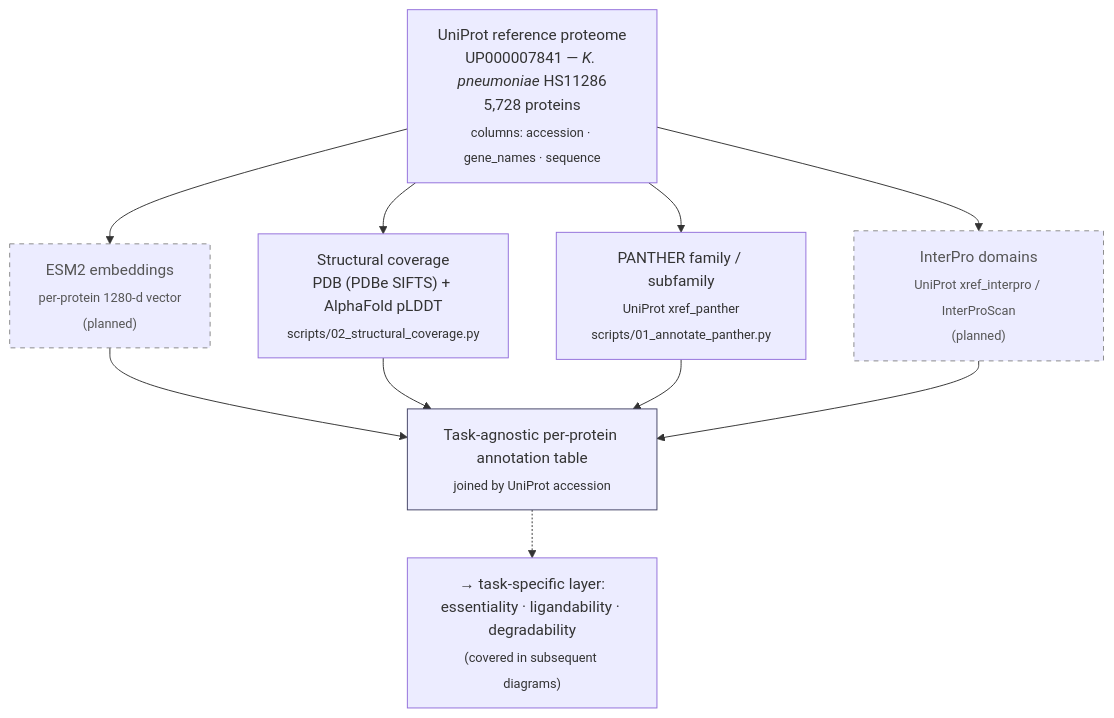
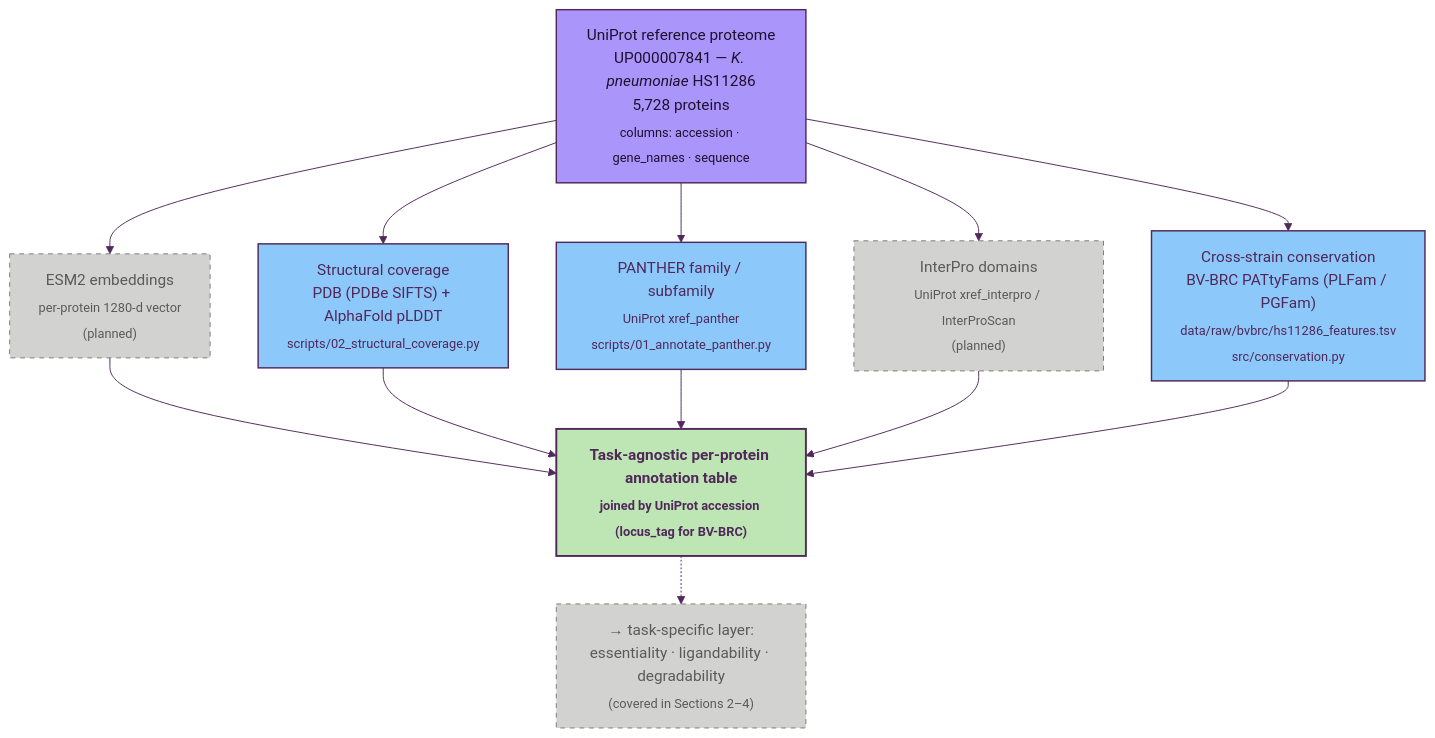
The first of 4 diagrams in docs/pipeline.md (ersilia-os/gradi-target-prioritization), drawn with Mermaid before and after one commit. The commit also changed other lines of this file and 1 other file, not shown here.

Commit message:
more diagrams

````diff
--- a/docs/pipeline.md
+++ b/docs/pipeline.md
@@ -26,19 +30,27 @@
 ```mermaid
+%%{init: {'theme':'base','themeVariables':{'primaryColor':'#FAD782','primaryBorderColor':'#50285A','primaryTextColor':'#50285A','lineColor':'#50285A','secondaryColor':'#8CC8FA','tertiaryColor':'#BEE6B4','fontFamily':'Inter, system-ui, sans-serif'}}}%%
 flowchart TD
-    classDef planned stroke-dasharray: 5 5,stroke:#888,color:#555
-    classDef sink fill:#eef,stroke:#446
+    classDef source    fill:#AA96FA,stroke:#50285A,stroke-width:1.5px,color:#1F0F2E
+    classDef dataset   fill:#FAD782,stroke:#50285A,stroke-width:1.5px,color:#50285A
+    classDef method    fill:#8CC8FA,stroke:#50285A,stroke-width:1.5px,color:#50285A
+    classDef result    fill:#BEE6B4,stroke:#50285A,stroke-width:2px,color:#50285A,font-weight:bold
+    classDef tagnostic fill:#DCA0DC,stroke:#50285A,stroke-width:1.5px,color:#50285A
+    classDef stub      fill:#FAA08C,stroke:#50285A,stroke-width:1.5px,stroke-dasharray:6 3,color:#50285A
+    classDef planned   fill:#D2D2D0,stroke:#7A7A78,stroke-width:1px,stroke-dasharray:5 5,color:#5A5A58
 
-    SRC["UniProt reference proteome<br/>UP000007841 — <i>K. pneumoniae</i> HS11286<br/>5,728 proteins<br/><sub>columns: accession · gene_names · sequence</sub>"]
+    SRC["UniProt reference proteome<br/>UP000007841 — <i>K. pneumoniae</i> HS11286<br/>5,728 proteins<br/><sub>columns: accession · gene_names · sequence</sub>"]:::source
 
     SRC --> ESM2["ESM2 embeddings<br/><sub>per-protein 1280-d vector</sub><br/><sub>(planned)</sub>"]:::planned
-    SRC --> STR["Structural coverage<br/>PDB (PDBe SIFTS) + AlphaFold pLDDT<br/><sub>scripts/02_structural_coverage.py</sub>"]
-    SRC --> PAN["PANTHER family / subfamily<br/><sub>UniProt xref_panther</sub><br/><sub>scripts/01_annotate_panther.py</sub>"]
+    SRC --> STR["Structural coverage<br/>PDB (PDBe SIFTS) + AlphaFold pLDDT<br/><sub>scripts/02_structural_coverage.py</sub>"]:::method
+    SRC --> PAN["PANTHER family / subfamily<br/><sub>UniProt xref_panther</sub><br/><sub>scripts/01_annotate_panther.py</sub>"]:::method
     SRC --> INT["InterPro domains<br/><sub>UniProt xref_interpro / InterProScan</sub><br/><sub>(planned)</sub>"]:::planned
+    SRC --> CONS["Cross-strain conservation<br/>BV-BRC PATtyFams (PLFam / PGFam)<br/><sub>data/raw/bvbrc/hs11286_features.tsv</sub><br/><sub>src/conservation.py</sub>"]:::method
 
-    ESM2 --> T["Task-agnostic per-protein annotation table<br/><sub>joined by UniProt accession</sub>"]:::sink
+    ESM2 --> T["Task-agnostic per-protein annotation table<br/><sub>joined by UniProt accession (locus_tag for BV-BRC)</sub>"]:::result
     STR  --> T
     PAN  --> T
     INT  --> T
+    CONS --> T
 
-    T -.-> NEXT["→ task-specific layer:<br/>essentiality · ligandability · degradability<br/><sub>(covered in subsequent diagrams)</sub>"]
+    T -.-> NEXT["→ task-specific layer:<br/>essentiality · ligandability · degradability<br/><sub>(covered in Sections 2–4)</sub>"]:::planned
 ```
````
